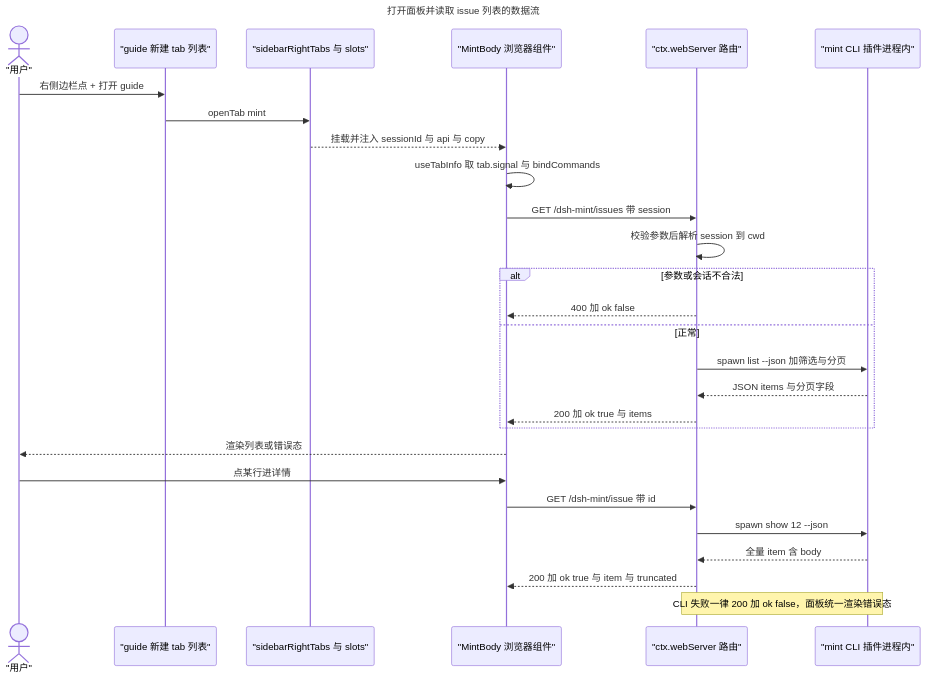
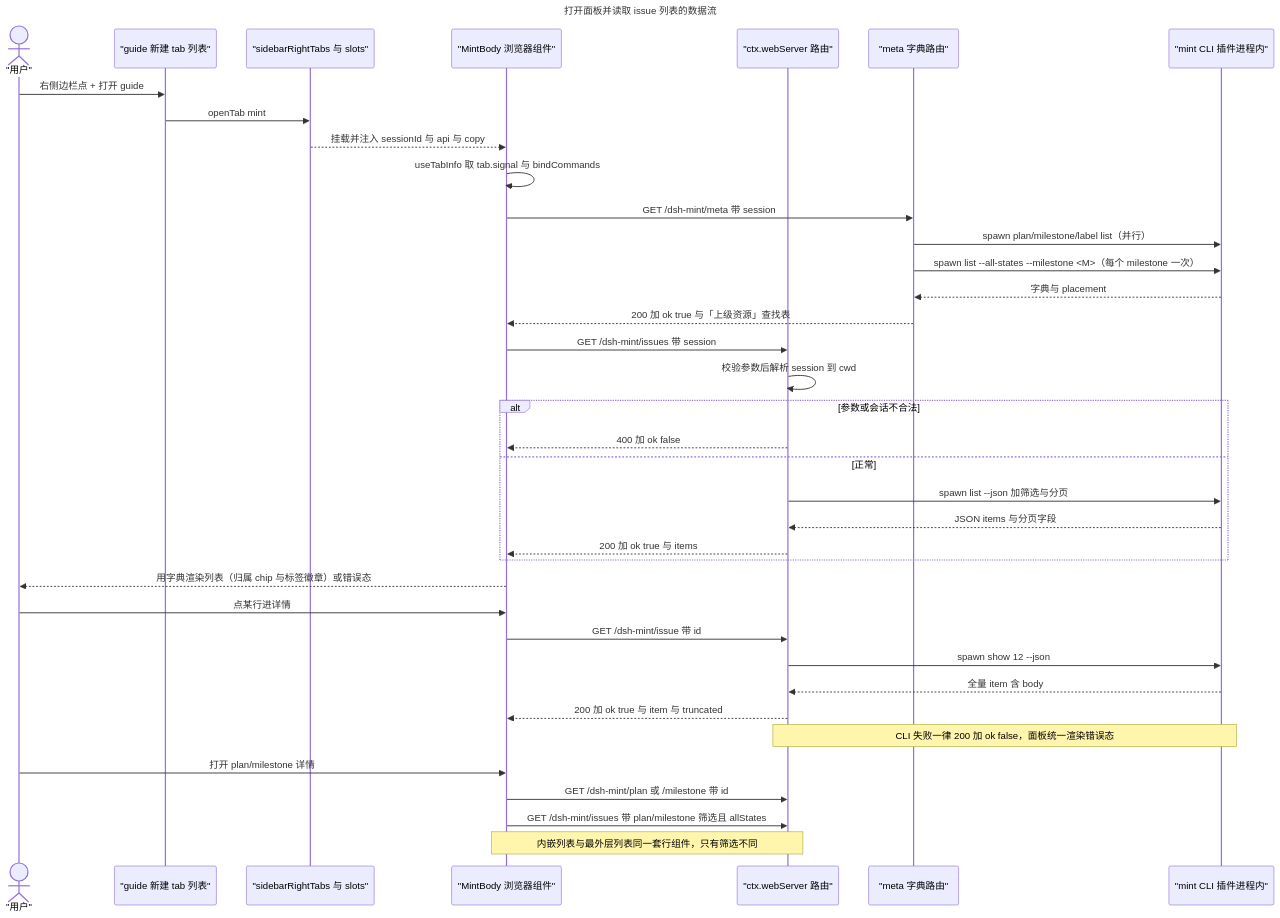
Before and after one commit to yanqd0/dsh-mint: the second of 2 diagrams in notes/client-architecture.md, drawn with Mermaid. The commit also changed other lines of this file and 1 other file, not shown here.

First line of the commit message:
docs(notes): 客户端面路由与数据流更新（plan #15）

````diff
--- a/notes/client-architecture.md
+++ b/notes/client-architecture.md
@@ -68,32 +68,42 @@
 ```mermaid
 ---
 title: 打开面板并读取 issue 列表的数据流
 ---
 sequenceDiagram
   actor U as "用户"
   participant G as "guide 新建 tab 列表"
   participant T as "sidebarRightTabs 与 slots"
   participant B as "MintBody 浏览器组件"
   participant W as "ctx.webServer 路由"
+  participant V as "meta 字典路由"
   participant M as "mint CLI 插件进程内"
   U->>G: 右侧边栏点 + 打开 guide
   G->>T: openTab mint
   T-->>B: 挂载并注入 sessionId 与 api 与 copy
   B->>B: useTabInfo 取 tab.signal 与 bindCommands
+  B->>V: GET /dsh-mint/meta 带 session
+  V->>M: spawn plan/milestone/label list（并行）
+  V->>M: spawn list --all-states --milestone <M>（每个 milestone 一次）
+  M-->>V: 字典与 placement
+  V-->>B: 200 加 ok true 与「上级资源」查找表
   B->>W: GET /dsh-mint/issues 带 session
   W->>W: 校验参数后解析 session 到 cwd
   alt 参数或会话不合法
     W-->>B: 400 加 ok false
   else 正常
     W->>M: spawn list --json 加筛选与分页
     M-->>W: JSON items 与分页字段
     W-->>B: 200 加 ok true 与 items
   end
-  B-->>U: 渲染列表或错误态
+  B-->>U: 用字典渲染列表（归属 chip 与标签徽章）或错误态
   U->>B: 点某行进详情
   B->>W: GET /dsh-mint/issue 带 id
   W->>M: spawn show 12 --json
   M-->>W: 全量 item 含 body
   W-->>B: 200 加 ok true 与 item 与 truncated
   Note over W,M: CLI 失败一律 200 加 ok false，面板统一渲染错误态
+  U->>B: 打开 plan/milestone 详情
+  B->>W: GET /dsh-mint/plan 或 /milestone 带 id
+  B->>W: GET /dsh-mint/issues 带 plan/milestone 筛选且 allStates
+  Note over B,W: 内嵌列表与最外层列表同一套行组件，只有筛选不同
 ```
````
